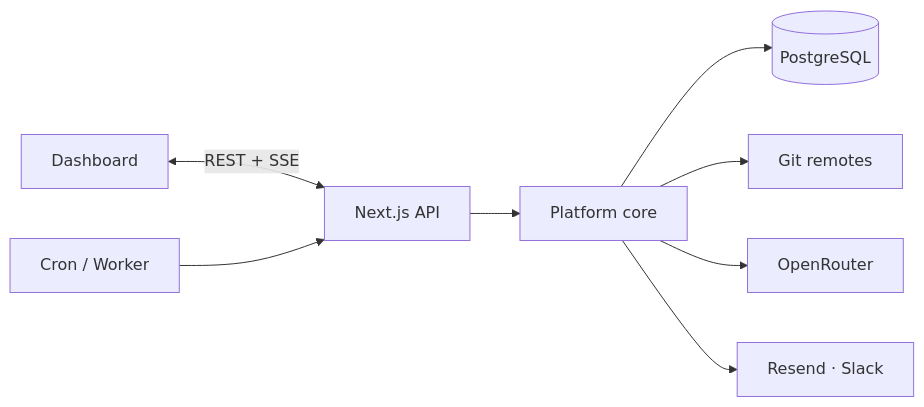
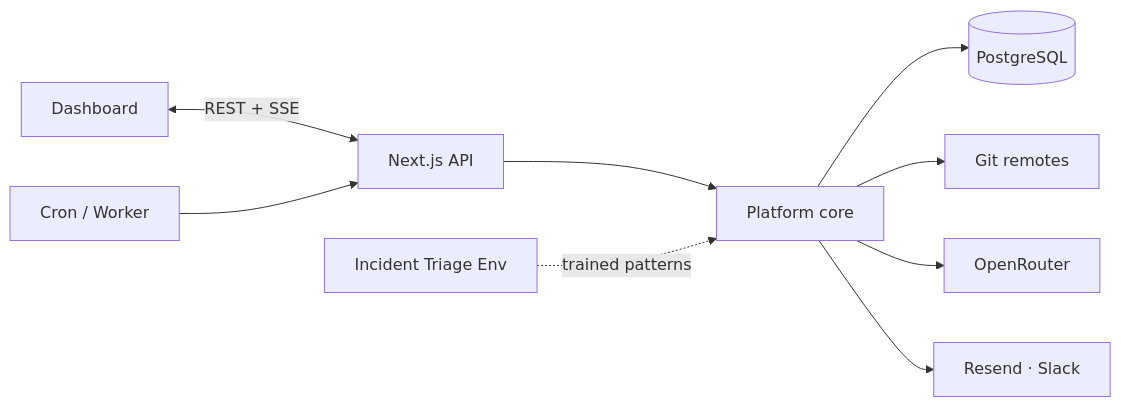
One commit to Abhishek-Mallick/ServiceLens changed the diagram in README.md. Above: the diagram before and after it, drawn with Mermaid. The commit also changed other lines of this file, not shown here.

````diff
--- a/README.md
+++ b/README.md
@@ -168,10 +17,11 @@
 ```mermaid
 flowchart LR
   UI[Dashboard] <-->|REST + SSE| API[Next.js API]
   API --> Core[Platform core]
   Core --> DB[(PostgreSQL)]
   Core --> Git[Git remotes]
   Core --> LLM[OpenRouter]
   Core --> Notify[Resend · Slack]
   Cron[Cron / Worker] --> API
+  Train[Incident Triage Env] -.->|trained patterns| Core
 ```
````
